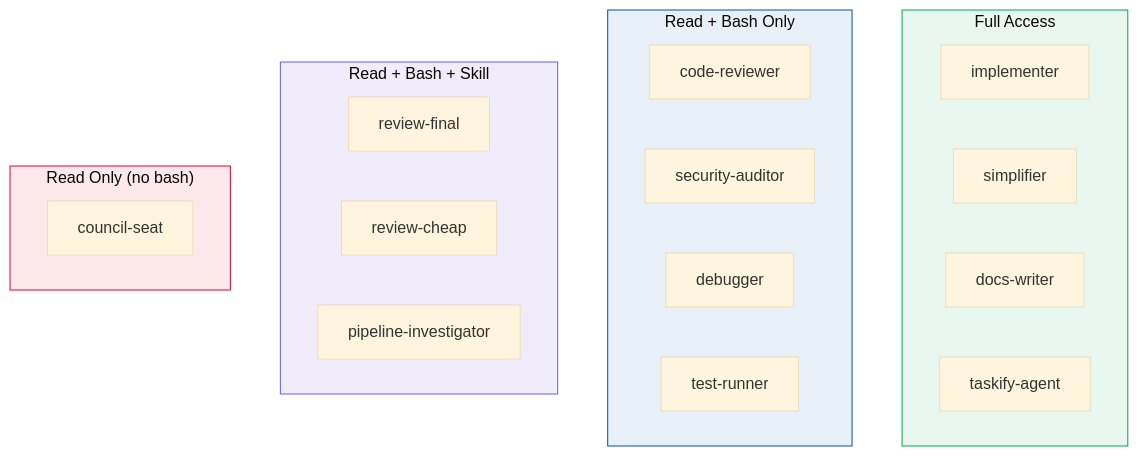
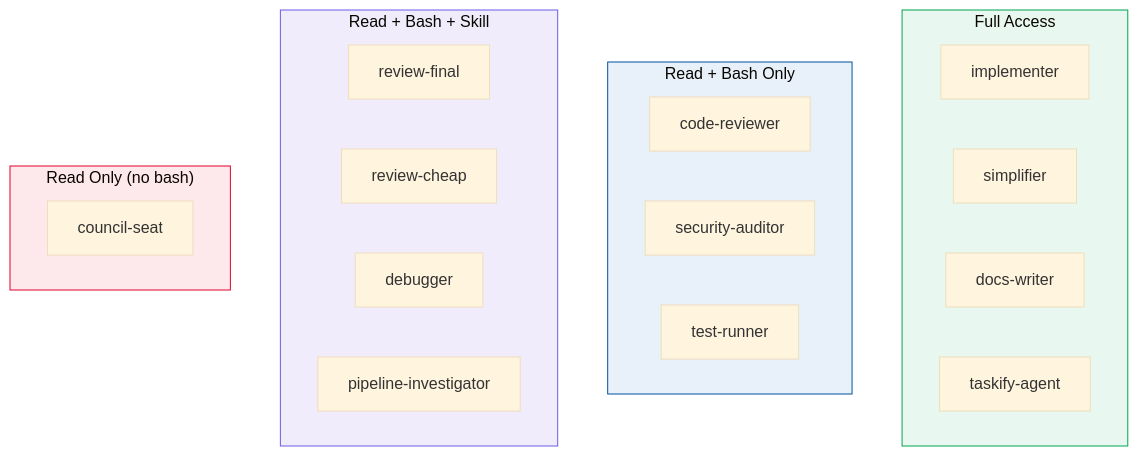
Before and after one commit to mock-server/mockserver: the third of 7 diagrams in docs/operations/opencode-configuration.md, drawn with Mermaid (base theme). The commit also changed other lines of this file and 17 other files, not shown here.

````diff
--- a/docs/operations/opencode-configuration.md
+++ b/docs/operations/opencode-configuration.md
@@ -210,31 +216,31 @@
 ```mermaid
 flowchart TD
     subgraph Full["Full Access"]
         IMP2["implementer"]
         SIM2["simplifier"]
         DW2["docs-writer"]
         TA2["taskify-agent"]
     end
 
     subgraph ReadBash["Read + Bash Only"]
         CR2["code-reviewer"]
         SA2["security-auditor"]
-        DB2["debugger"]
         TR2["test-runner"]
     end
 
     subgraph ReadBashSkill["Read + Bash + Skill"]
         RF2["review-final"]
         RC2["review-cheap"]
+        DB2["debugger"]
         PI2["pipeline-investigator"]
     end
 
     subgraph ReadOnly["Read Only (no bash)"]
         CS2["council-seat"]
     end
 
     style Full fill:#e8f8f0,stroke:#00a651
     style ReadBash fill:#e8f0fa,stroke:#00539f
     style ReadBashSkill fill:#f0ecfb,stroke:#6b5ce7
     style ReadOnly fill:#fde8ec,stroke:#e4002b
 ```
````
